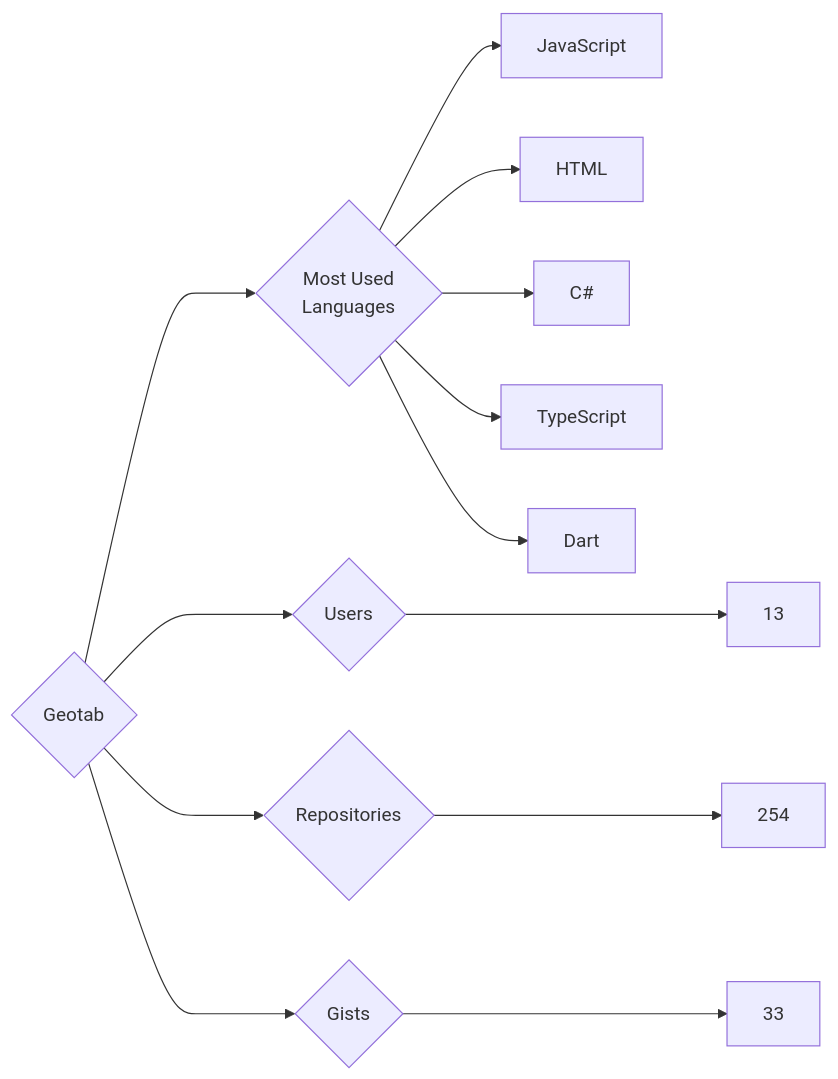
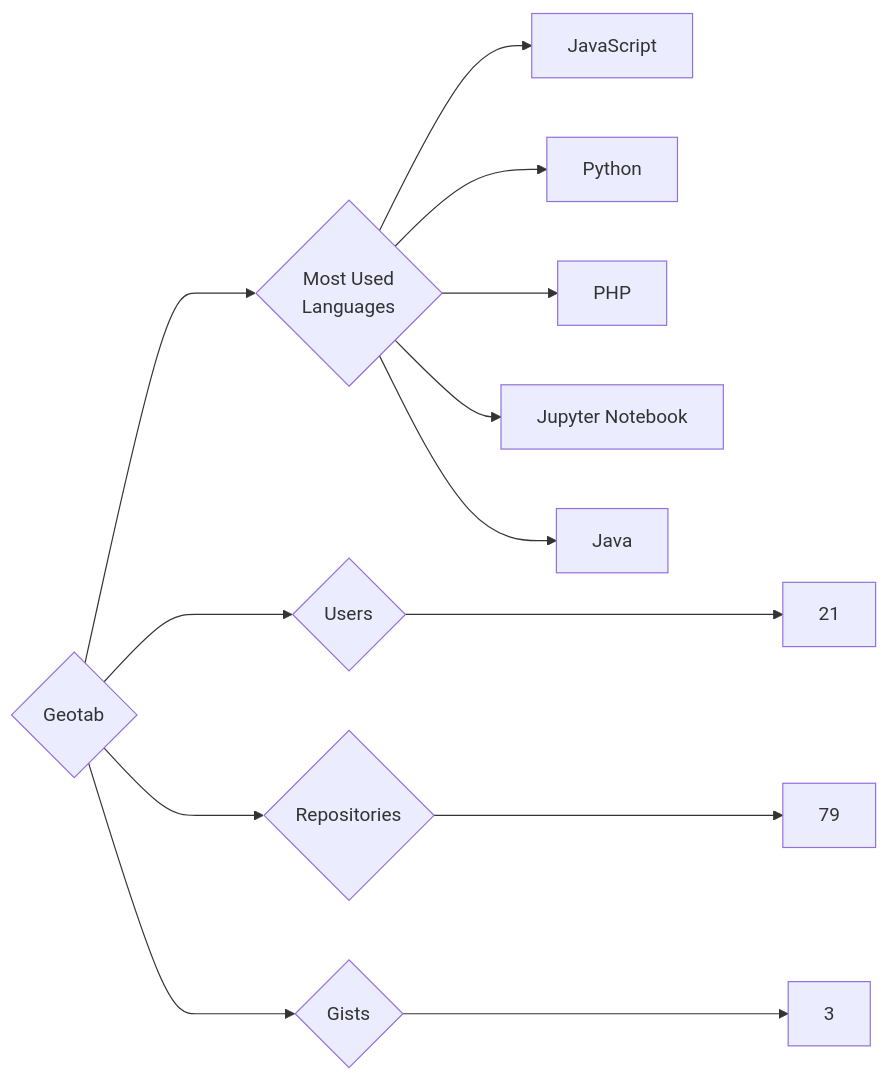
The diagram in targets/Geotab/README.md (trickest/insiders), drawn with Mermaid before and after one commit. The commit also changed 720 other files, not shown here.

````diff
--- a/targets/Geotab/README.md
+++ b/targets/Geotab/README.md
@@ -3,13 +3,13 @@
 ```mermaid
 graph LR
 COMPANY_NAME{Geotab}
-COMPANY_NAME ---> U{Users} ---> UN[13]
-COMPANY_NAME ---> R{Repositories} ---> RN[254]
-COMPANY_NAME ---> G{Gists} ---> GN[33]
+COMPANY_NAME ---> U{Users} ---> UN[21]
+COMPANY_NAME ---> R{Repositories} ---> RN[79]
+COMPANY_NAME ---> G{Gists} ---> GN[3]
 COMPANY_NAME ---> ML{Most Used<br>Languages}
 ML --> JavaScript[JavaScript]
-ML --> HTML[HTML]
-ML --> C#[C#]
-ML --> TypeScript[TypeScript]
-ML --> Dart[Dart]
+ML --> Python[Python]
+ML --> PHP[PHP]
+ML --> Jupyter_Notebook[Jupyter Notebook]
+ML --> Java[Java]
 ```
````
